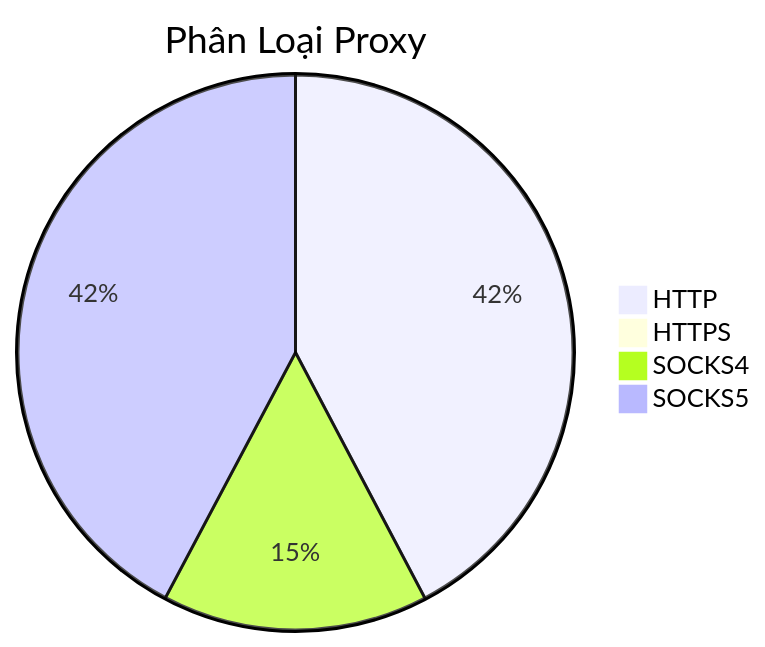
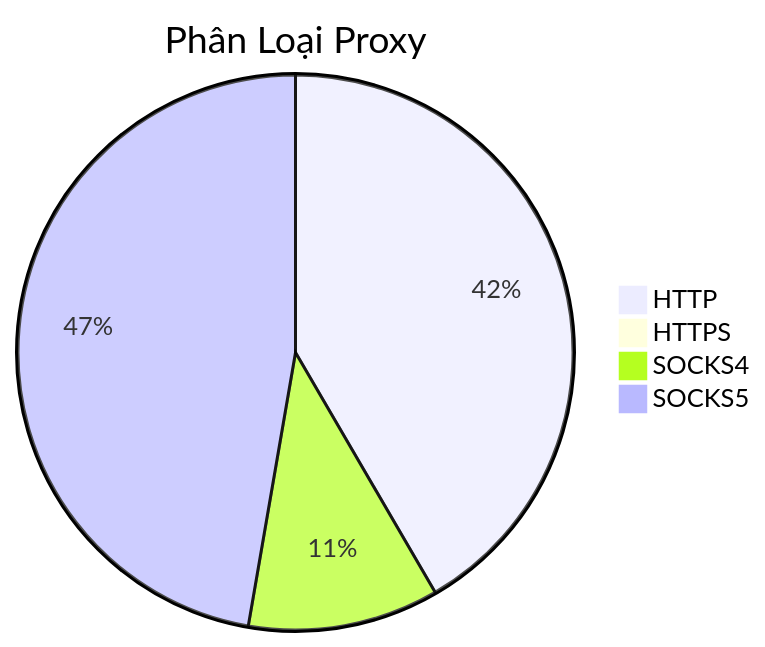
The diagram in README.md (Ciara-12/PROXY-free), drawn with Mermaid before and after one commit. The commit also changed other lines of this file and 3 other files, not shown here.

````diff
--- a/README.md
+++ b/README.md
@@ -26,7 +26,7 @@
 ```mermaid
 pie title Phân Loại Proxy
-    "HTTP" : 948
+    "HTTP" : 1123
     "HTTPS" : 0
-    "SOCKS4" : 347
-    "SOCKS5" : 947
+    "SOCKS4" : 300
+    "SOCKS5" : 1276
 ```
````
